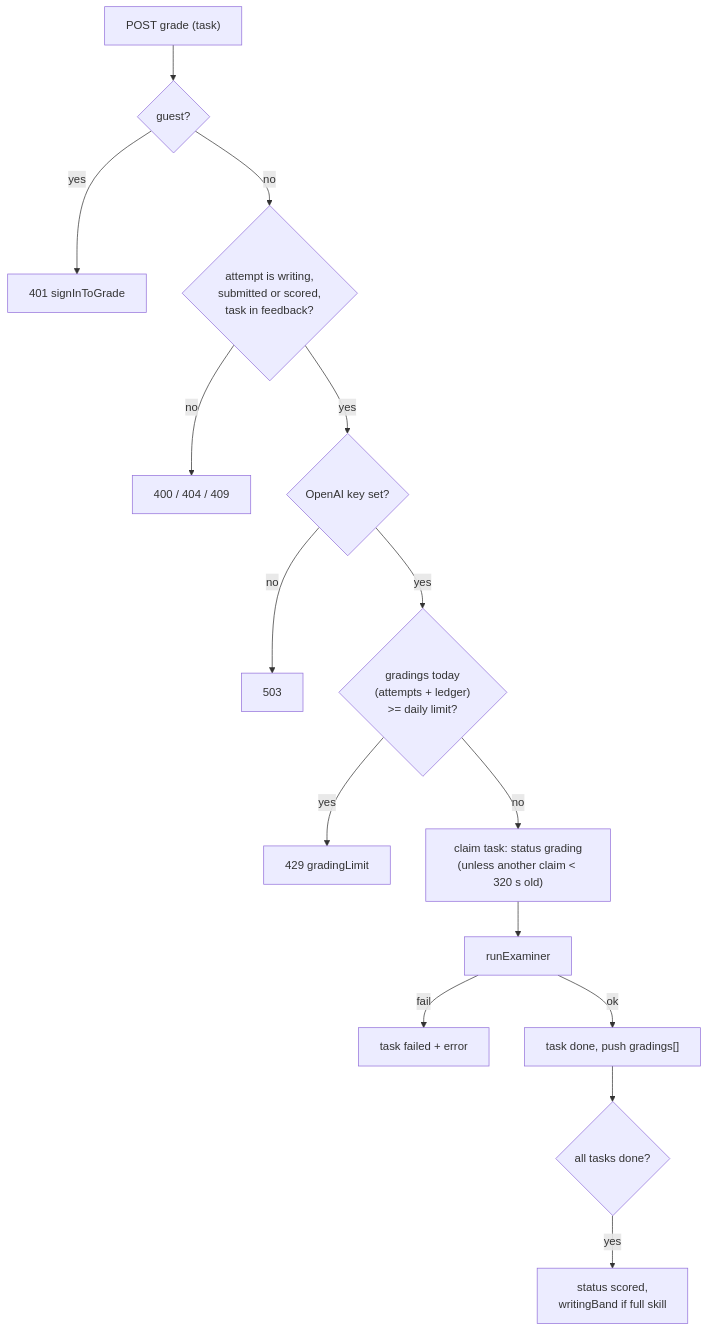
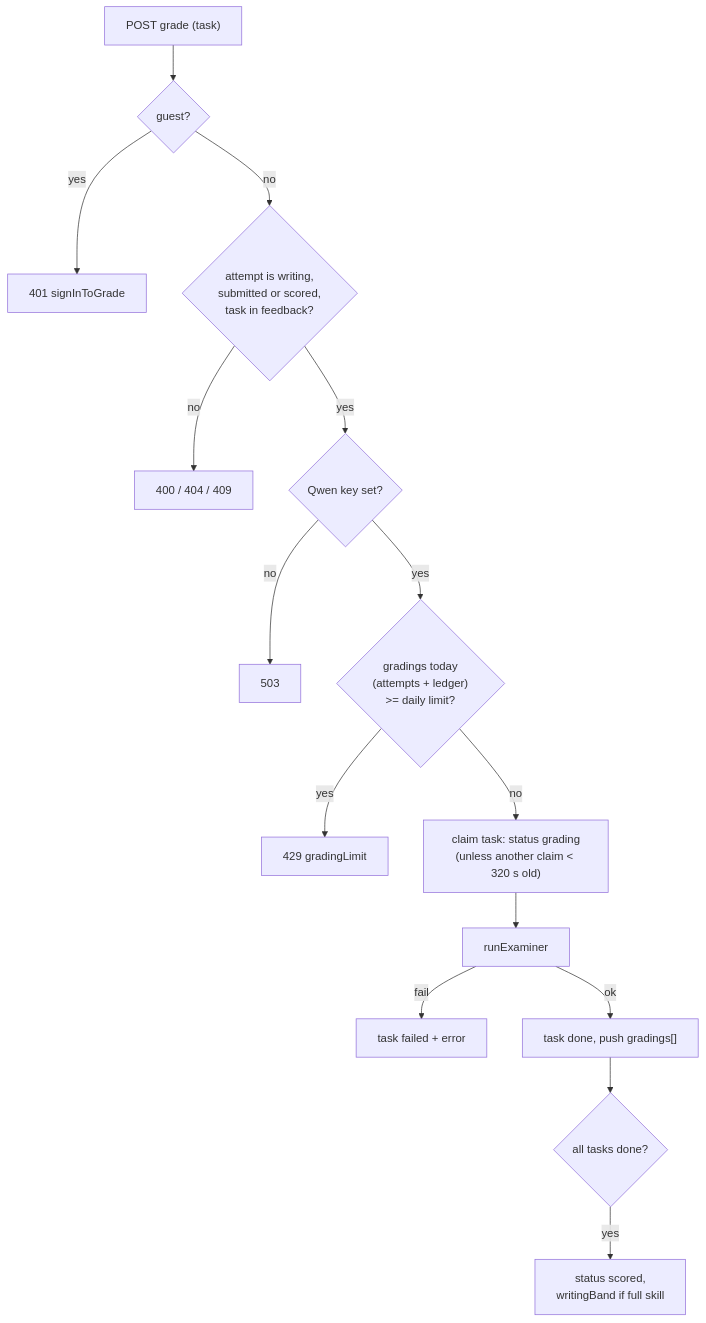
The fifth of 7 diagrams in docs/09-ielts.md (NaKMiers/English_For_Only_Me), drawn with Mermaid before and after one commit. The commit also changed other lines of this file and 9 other files, not shown here.

````diff
--- a/docs/09-ielts.md
+++ b/docs/09-ielts.md
@@ -411,17 +411,17 @@
 ```mermaid
 flowchart TD
   A["POST grade (task)"] --> B{"guest?"}
   B -- yes --> X1["401 signInToGrade"]
   B -- no --> C{"attempt is writing,<br/>submitted or scored,<br/>task in feedback?"}
   C -- no --> X2["400 / 404 / 409"]
-  C -- yes --> D{"OpenAI key set?"}
+  C -- yes --> D{"Qwen key set?"}
   D -- no --> X3["503"]
   D -- yes --> E{"gradings today<br/>(attempts + ledger)<br/>>= daily limit?"}
   E -- yes --> X4["429 gradingLimit"]
   E -- no --> F["claim task: status grading<br/>(unless another claim < 320 s old)"]
   F --> G["runExaminer"]
   G -- fail --> H["task failed + error"]
   G -- ok --> I["task done, push gradings[]"]
   I --> J{"all tasks done?"}
   J -- yes --> K["status scored,<br/>writingBand if full skill"]
 ```
````
